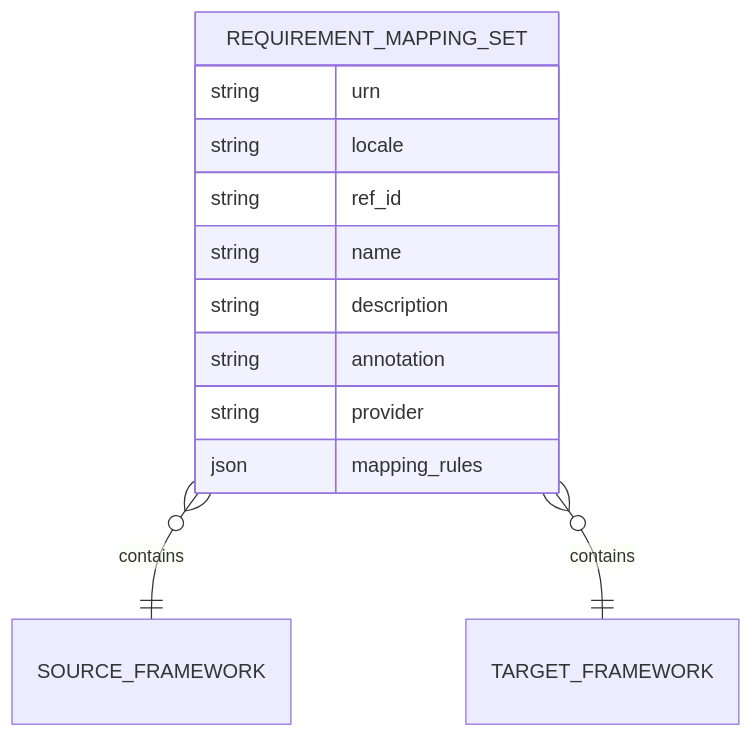
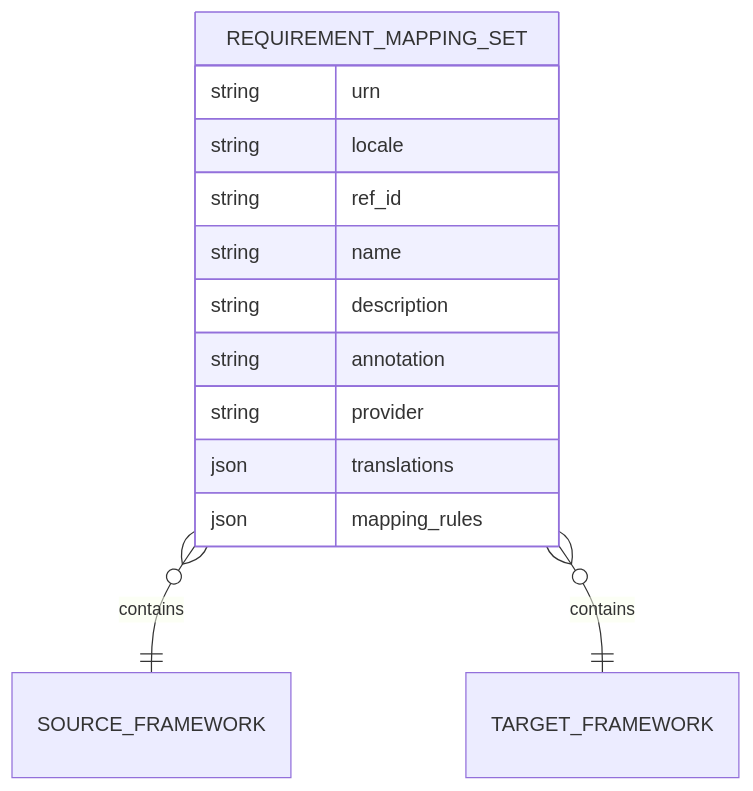
The fifth of 7 diagrams in documentation/architecture/data-model.md (intuitem/ciso-assistant-community), drawn with Mermaid before and after one commit. The commit also changed other lines of this file, not shown here.

Commit message:
fix translation spec

````diff
--- a/documentation/architecture/data-model.md
+++ b/documentation/architecture/data-model.md
@@ -309,19 +310,20 @@
 ```mermaid
 erDiagram
     REQUIREMENT_MAPPING_SET   }o--|| SOURCE_FRAMEWORK : contains
     REQUIREMENT_MAPPING_SET   }o--|| TARGET_FRAMEWORK : contains
 
     REQUIREMENT_MAPPING_SET {
-        string    urn
-        string    locale
-        string    ref_id
-        string    name
-        string    description
-        string    annotation
-        string    provider
+        string  urn
+        string  locale
+        string  ref_id
+        string  name
+        string  description
+        string  annotation
+        string  provider
+        json    translations
 
-        json      mapping_rules
+        json    mapping_rules
     }
 
 
 ```
````
